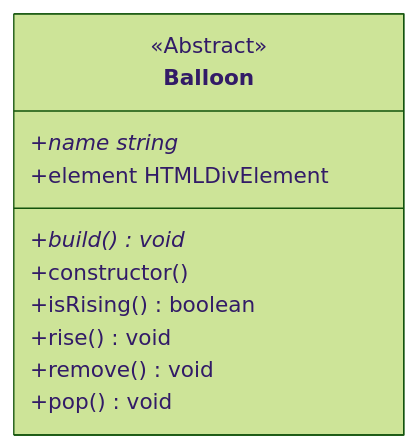
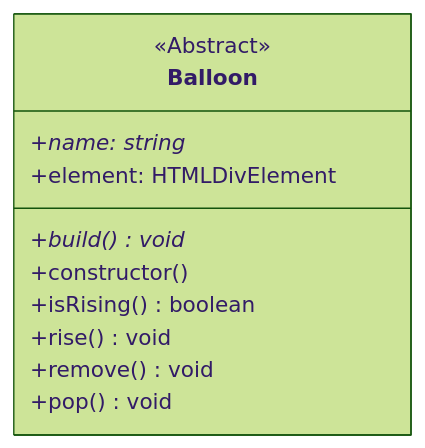
One commit to SimonStnn/pop-a-loon changed the second of 5 diagrams in docs/README.md. Above: the diagram before and after it, drawn with Mermaid (forest theme). The commit also changed other lines of this file, not shown here.

Commit message:
Update abstract Balloon class documentation and UML diagrams

````diff
--- a/docs/README.md
+++ b/docs/README.md
@@ -281,16 +281,16 @@
 ```mermaid
 classDiagram
 direction LR
 class Balloon {
   <<Abstract>>
 
-  +name string*
+  +name: string*
   +build() void*
-  +element HTMLDivElement
+  +element: HTMLDivElement
   +constructor()
   +isRising() boolean
   +rise() void
   +remove() void
   +pop() void
 }
 ```
````
